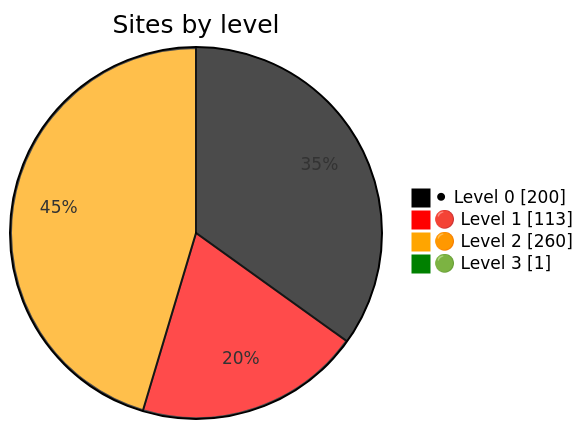
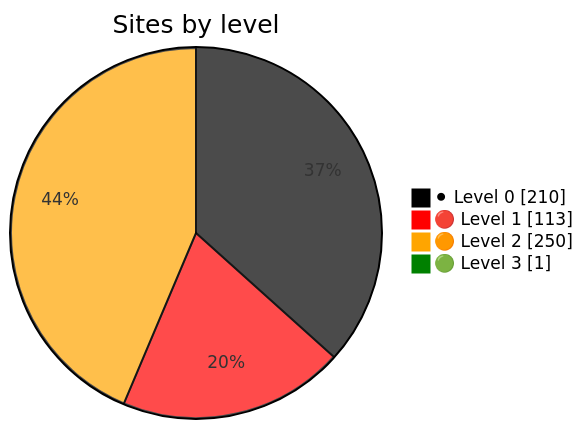
One commit to Dushmilan/gov_lk_web_auditor changed the diagram in README.md. Above: the diagram before and after it, drawn with Mermaid. The commit also changed other lines of this file and 2535 other files, not shown here.

````diff
--- a/README.md
+++ b/README.md
@@ -24,9 +24,9 @@
 ```mermaid
 %%{init: {"themeVariables":{"pie1":"black","pie2":"red","pie3":"orange","pie4":"green"}}}%%
 pie showData
     title Sites by level
-    "⚫ Level 0" : 200
+    "⚫ Level 0" : 210
     "🔴 Level 1" : 113
-    "🟠 Level 2" : 260
+    "🟠 Level 2" : 250
     "🟢 Level 3" : 1
 ```
````
